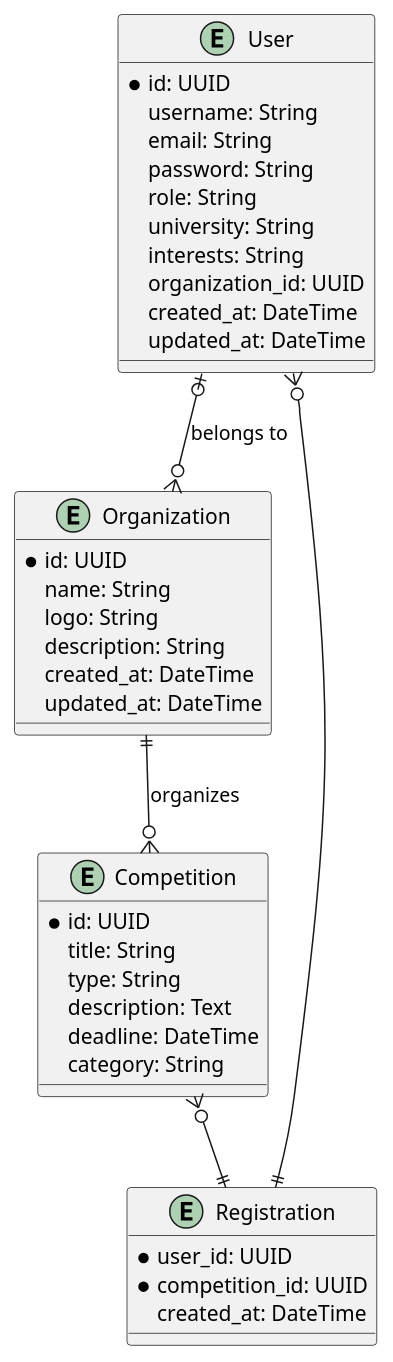
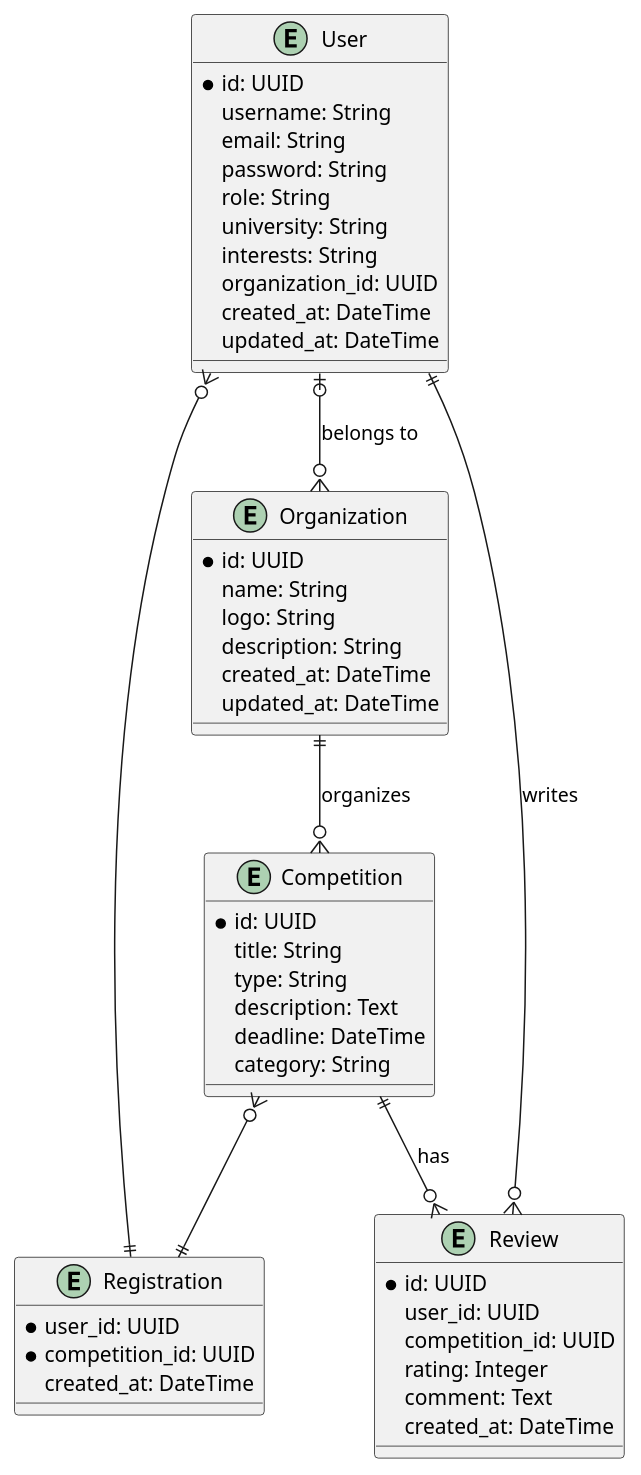
One commit to YukLomba/BE-YukLomba changed the diagram in docs/erd.puml. Above: the diagram before and after it, drawn with PlantUML. The commit also changed 25 other files, not shown here.

```diff
--- a/docs/erd.puml
+++ b/docs/erd.puml
@@ -1,43 +1,54 @@
 @startuml
 entity User {
   *id: UUID
   username: String
   email: String
   password: String
   role: String
   university: String
   interests: String
   organization_id: UUID
   created_at: DateTime
   updated_at: DateTime
 }
 
 entity Organization {
   *id: UUID
   name: String
   logo: String
   description: String
   created_at: DateTime
   updated_at: DateTime
 }
 
 entity Competition {
   *id: UUID
   title: String
   type: String
   description: Text
   deadline: DateTime
   category: String
 }
 
 entity Registration {
   *user_id: UUID
   *competition_id: UUID
   created_at: DateTime
 }
 
+entity Review {
+  *id: UUID
+  user_id: UUID
+  competition_id: UUID
+  rating: Integer
+  comment: Text
+  created_at: DateTime
+}
+
 User }o--|| Registration
 Competition }o--|| Registration 
+User ||--o{ Review : "writes"
+Competition ||--o{ Review : "has"
 User |o--o{ Organization : "belongs to"
 Organization ||--o{ Competition : organizes
 @enduml
```
